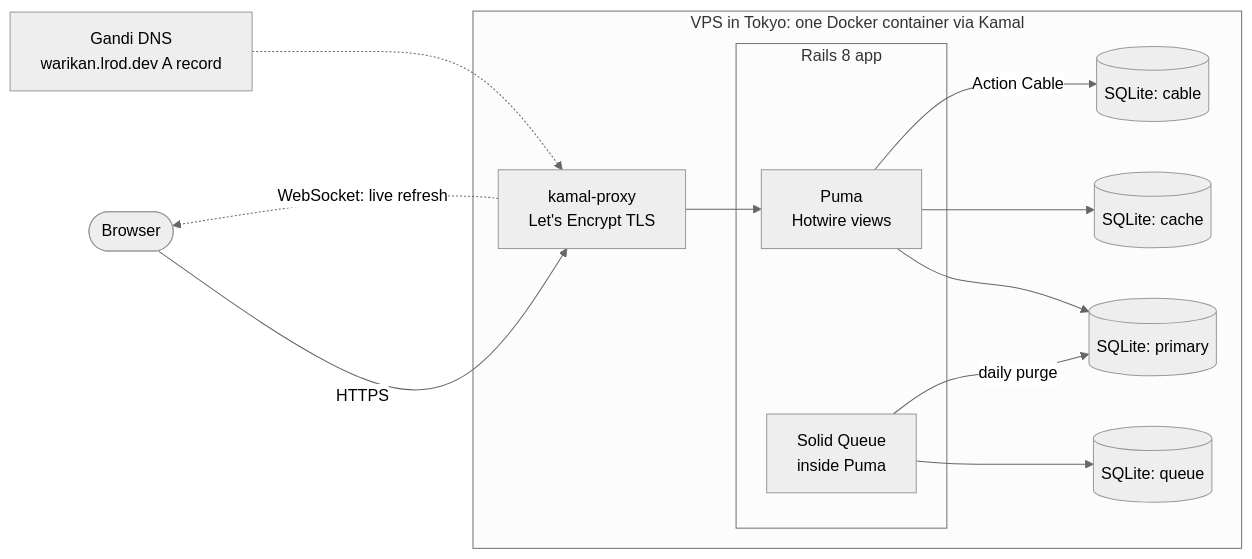
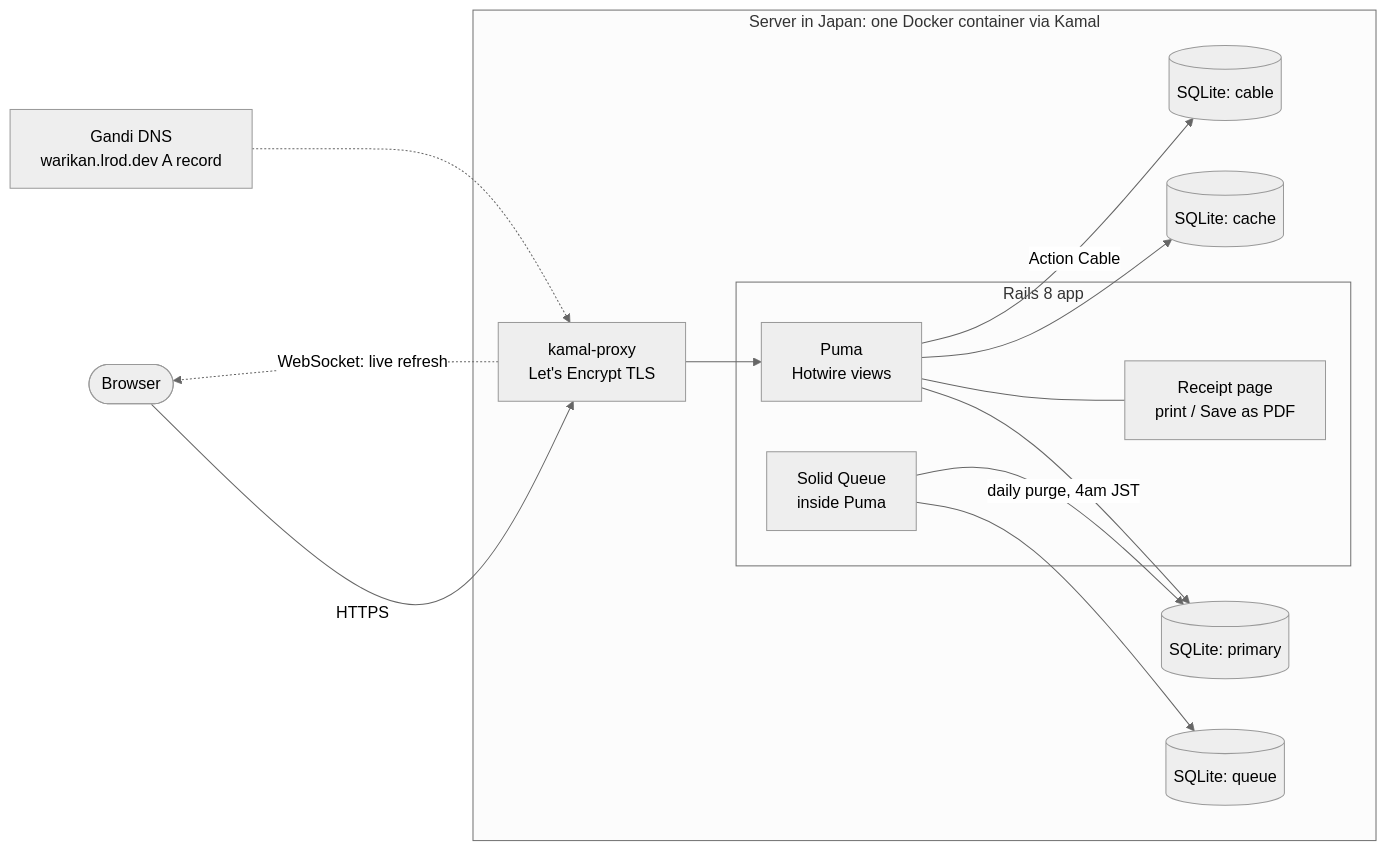
The first of 3 diagrams in docs/ARCHITECTURE.md (luisrrv/okanjo), drawn with Mermaid (neutral theme) before and after one commit. The commit also changed other lines of this file, not shown here.

First line of the commit message:
Update the architecture doc for session 4

````diff
--- a/docs/ARCHITECTURE.md
+++ b/docs/ARCHITECTURE.md
@@ -21,20 +22,22 @@
 ```mermaid
 flowchart LR
   user([Browser]) -- HTTPS --> proxy
 
-  subgraph vps [VPS in Tokyo: one Docker container via Kamal]
+  subgraph vps [Server in Japan: one Docker container via Kamal]
     proxy[kamal-proxy<br/>Let's Encrypt TLS] --> puma
     subgraph app [Rails 8 app]
       puma[Puma<br/>Hotwire views] 
       jobs[Solid Queue<br/>inside Puma]
+      receipt[Receipt page<br/>print / Save as PDF]
     end
     puma --> primary[(SQLite: primary)]
+    puma --- receipt
     jobs --> queue[(SQLite: queue)]
-    jobs -- daily purge --> primary
+    jobs -- daily purge, 4am JST --> primary
     puma --> cache[(SQLite: cache)]
     puma -- Action Cable --> cable[(SQLite: cable)]
   end
   proxy -. WebSocket: live refresh .-> user
 
   dns[Gandi DNS<br/>warikan.lrod.dev A record] -.-> proxy
 ```
````
